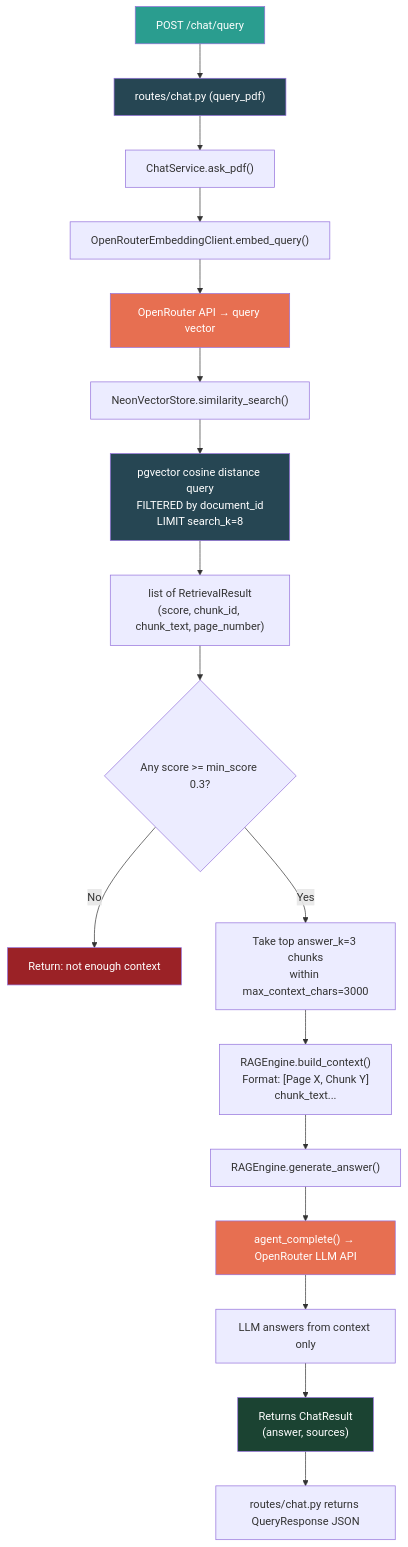
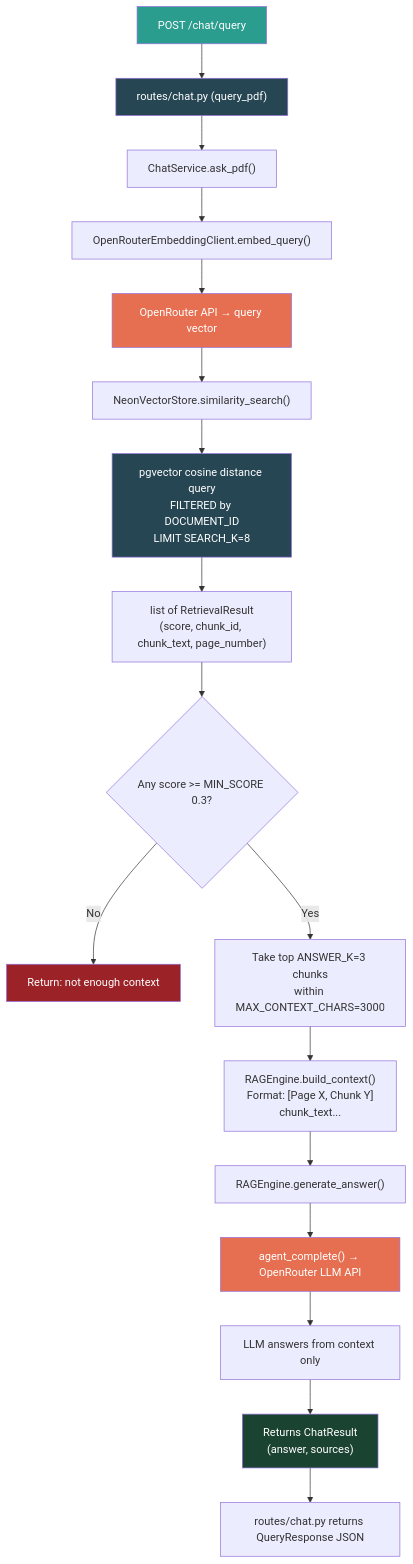
One commit to hasnatsakil/agentic-rag-service changed the second of 5 diagrams in README.md. Above: the diagram before and after it, drawn with Mermaid. The commit also changed other lines of this file and 18 other files, not shown here.

````diff
--- a/README.md
+++ b/README.md
@@ -127,33 +127,33 @@
 ```mermaid
 flowchart TD
     A["POST /chat/query"] --> B["routes/chat.py (query_pdf)"]
     B --> C["ChatService.ask_pdf()"]
     
     C --> D["OpenRouterEmbeddingClient.embed_query()"]
     D --> D1["OpenRouter API → query vector"]
     
     D1 --> E["NeonVectorStore.similarity_search()"]
-    E --> E1["pgvector cosine distance query\nFILTERED by document_id\nLIMIT search_k=8"]
+    E --> E1["pgvector cosine distance query\nFILTERED by DOCUMENT_ID\nLIMIT SEARCH_K=8"]
     E1 --> E2["list of RetrievalResult\n(score, chunk_id, chunk_text, page_number)"]
     
-    E2 --> F{"Any score >= min_score 0.3?"}
+    E2 --> F{"Any score >= MIN_SCORE 0.3?"}
     F -- No --> F1["Return: not enough context"]
-    F -- Yes --> G["Take top answer_k=3 chunks\nwithin max_context_chars=3000"]
+    F -- Yes --> G["Take top ANSWER_K=3 chunks\nwithin MAX_CONTEXT_CHARS=3000"]
     
     G --> H["RAGEngine.build_context()\nFormat: [Page X, Chunk Y]\nchunk_text..."]
     
     H --> I["RAGEngine.generate_answer()"]
     I --> I1["agent_complete() → OpenRouter LLM API"]
     I1 --> I2["LLM answers from context only"]
     
     I2 --> J["Returns ChatResult\n(answer, sources)"]
     J --> K["routes/chat.py returns QueryResponse JSON"]
 
     style A fill:#2a9d8f,color:#fff
     style B fill:#264653,color:#fff
     style F1 fill:#9b2226,color:#fff
     style D1 fill:#e76f51,color:#fff
     style E1 fill:#264653,color:#fff
     style I1 fill:#e76f51,color:#fff
     style J fill:#1b4332,color:#fff
 ```
````
